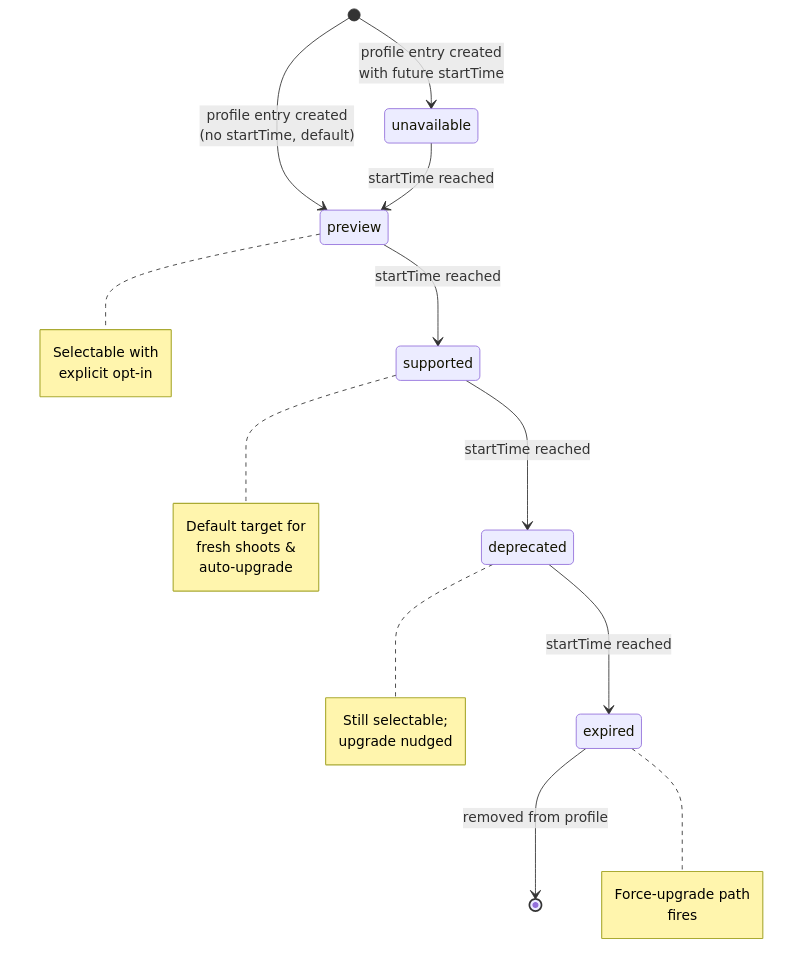
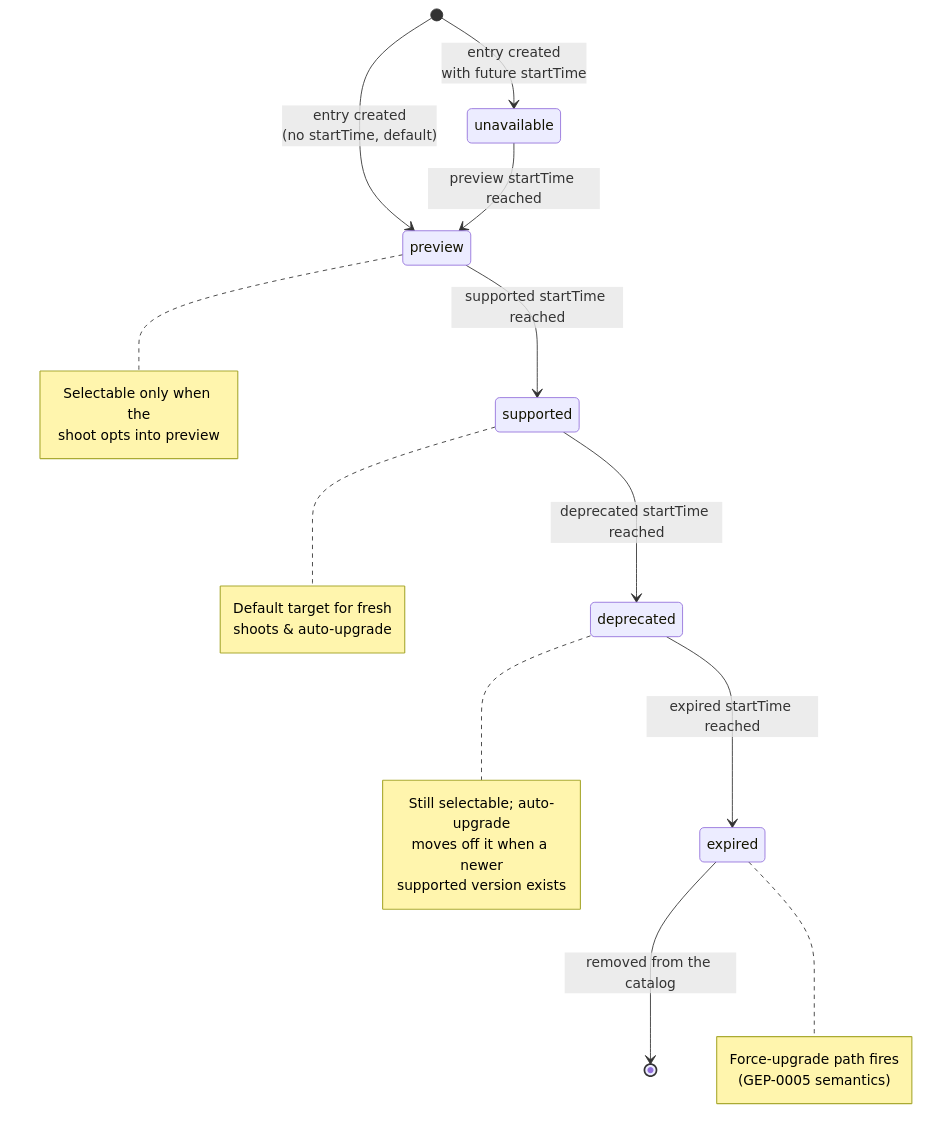
Before and after one commit to DockToFuture/enhancements: the diagram in geps/0078-extension-profile/lifecycle.mmd, drawn with Mermaid. The commit also changed 4 other files, not shown here.

```diff
--- a/geps/0078-extension-profile/lifecycle.mmd
+++ b/geps/0078-extension-profile/lifecycle.mmd
@@ -1,27 +1,27 @@
 %%{init: {'theme': 'default', 'themeVariables': {'background': '#ffffff'}}}%%
 stateDiagram-v2
-  [*] --> unavailable: profile entry created<br/>with future startTime
-  [*] --> preview: profile entry created<br/>(no startTime, default)
-  unavailable --> preview: startTime reached
-  preview --> supported: startTime reached
-  supported --> deprecated: startTime reached
-  deprecated --> expired: startTime reached
-  expired --> [*]: removed from profile
+  [*] --> unavailable: entry created<br/>with future startTime
+  [*] --> preview: entry created<br/>(no startTime, default)
+  unavailable --> preview: preview startTime reached
+  preview --> supported: supported startTime reached
+  supported --> deprecated: deprecated startTime reached
+  deprecated --> expired: expired startTime reached
+  expired --> [*]: removed from the catalog
 
   note right of preview
-    Selectable with
-    explicit opt-in
+    Selectable only when the
+    shoot opts into preview
   end note
   note right of supported
-    Default target for
-    fresh shoots &
-    auto-upgrade
+    Default target for fresh
+    shoots &amp; auto-upgrade
   end note
   note right of deprecated
-    Still selectable;
-    upgrade nudged
+    Still selectable; auto-upgrade
+    moves off it when a newer
+    supported version exists
   end note
   note right of expired
-    Force-upgrade path
-    fires
+    Force-upgrade path fires
+    (GEP-0005 semantics)
   end note
```
